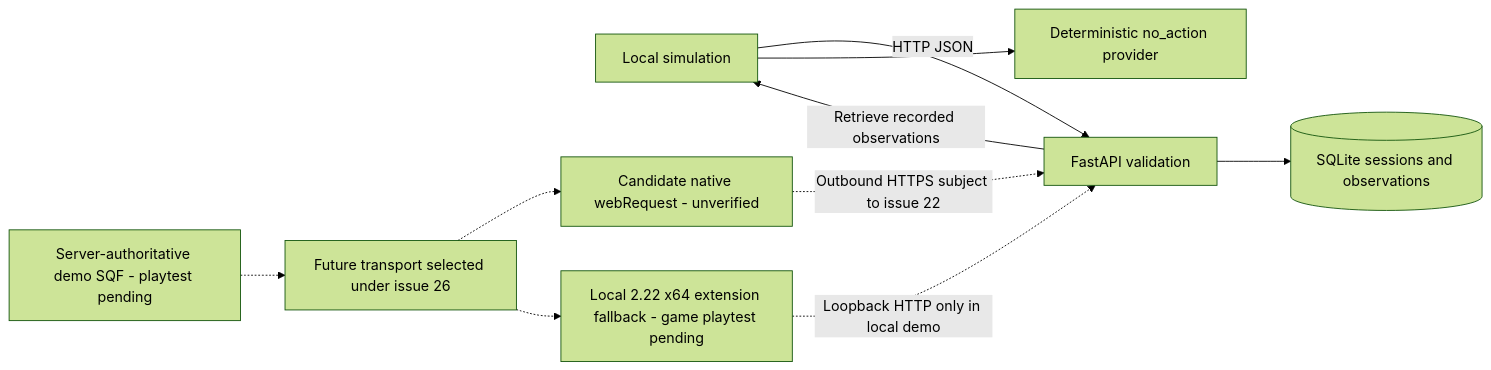
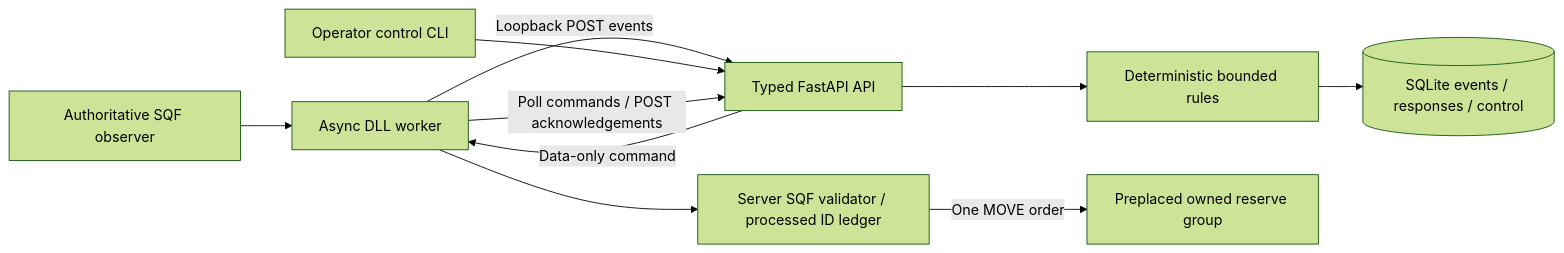
One commit to instanceofjamie/overlord changed the diagram in docs/architecture.md. Above: the diagram before and after it, drawn with Mermaid (forest theme). The commit also changed other lines of this file and 26 other files, not shown here.

Commit message:
feat: add bounded deterministic reserve response loop

````diff
--- a/docs/architecture.md
+++ b/docs/architecture.md
@@ -10,12 +8,12 @@
 ```mermaid
 flowchart LR
-    CLI[Local simulation] -->|HTTP JSON| API[FastAPI validation]
-    API --> DB[(SQLite sessions and observations)]
-    API -->|Retrieve recorded observations| CLI
-    CLI --> Mock[Deterministic no_action provider]
-    SQF[Server-authoritative demo SQF - playtest pending] -.-> Transport[Future transport selected under issue 26]
-    Transport -.-> Native[Candidate native webRequest - unverified]
-    Transport -.-> DLL[Local 2.22 x64 extension fallback - game playtest pending]
-    Native -.->|Outbound HTTPS subject to issue 22| API
-    DLL -.->|Loopback HTTP only in local demo| API
+    Game[Authoritative SQF observer] --> Queue[Async DLL worker]
+    Queue -->|Loopback POST events| API[Typed FastAPI API]
+    API --> Rules[Deterministic bounded rules]
+    Rules --> DB[(SQLite events / responses / control)]
+    Human[Operator control CLI] --> API
+    Queue -->|Poll commands / POST acknowledgements| API
+    API -->|Data-only command| Queue
+    Queue --> Validator[Server SQF validator / processed ID ledger]
+    Validator -->|One MOVE order| Reserve[Preplaced owned reserve group]
 ```
````
